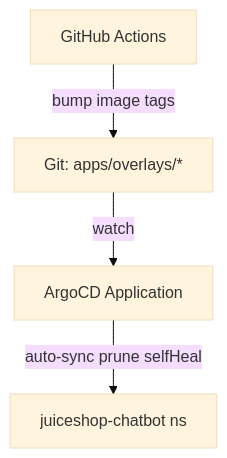
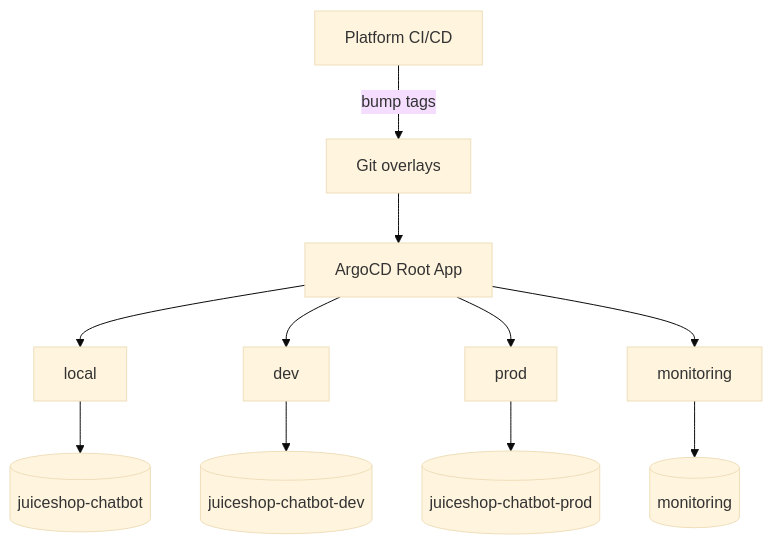
The fifth of 6 diagrams in AI-PLATFORM.md (amaninsa/owasp-juiceshop-chatbot), drawn with Mermaid (base theme) before and after one commit. The commit also changed other lines of this file and 129 other files, not shown here.

First line of the commit message:
feat(cicd): add enterprise GitOps CI/CD pipelines for GHCR and Argo CD

````diff
--- a/AI-PLATFORM.md
+++ b/AI-PLATFORM.md
@@ -215,6 +215,13 @@
 ```mermaid
 flowchart TB
-  Git[Git: apps/overlays/*] -->|watch| Argo[ArgoCD Application]
-  Argo -->|auto-sync prune selfHeal| Cluster[juiceshop-chatbot ns]
-  CI[GitHub Actions] -->|bump image tags| Git
+  CI[Platform CI/CD] -->|bump tags| Git[Git overlays]
+  Git --> Root[ArgoCD Root App]
+  Root --> Local[local]
+  Root --> Dev[dev]
+  Root --> Prod[prod]
+  Root --> Mon[monitoring]
+  Local --> N1[(juiceshop-chatbot)]
+  Dev --> N2[(juiceshop-chatbot-dev)]
+  Prod --> N3[(juiceshop-chatbot-prod)]
+  Mon --> N4[(monitoring)]
 ```
````
